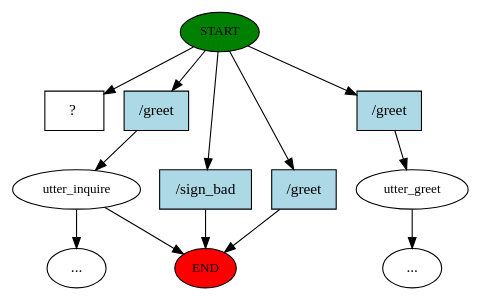
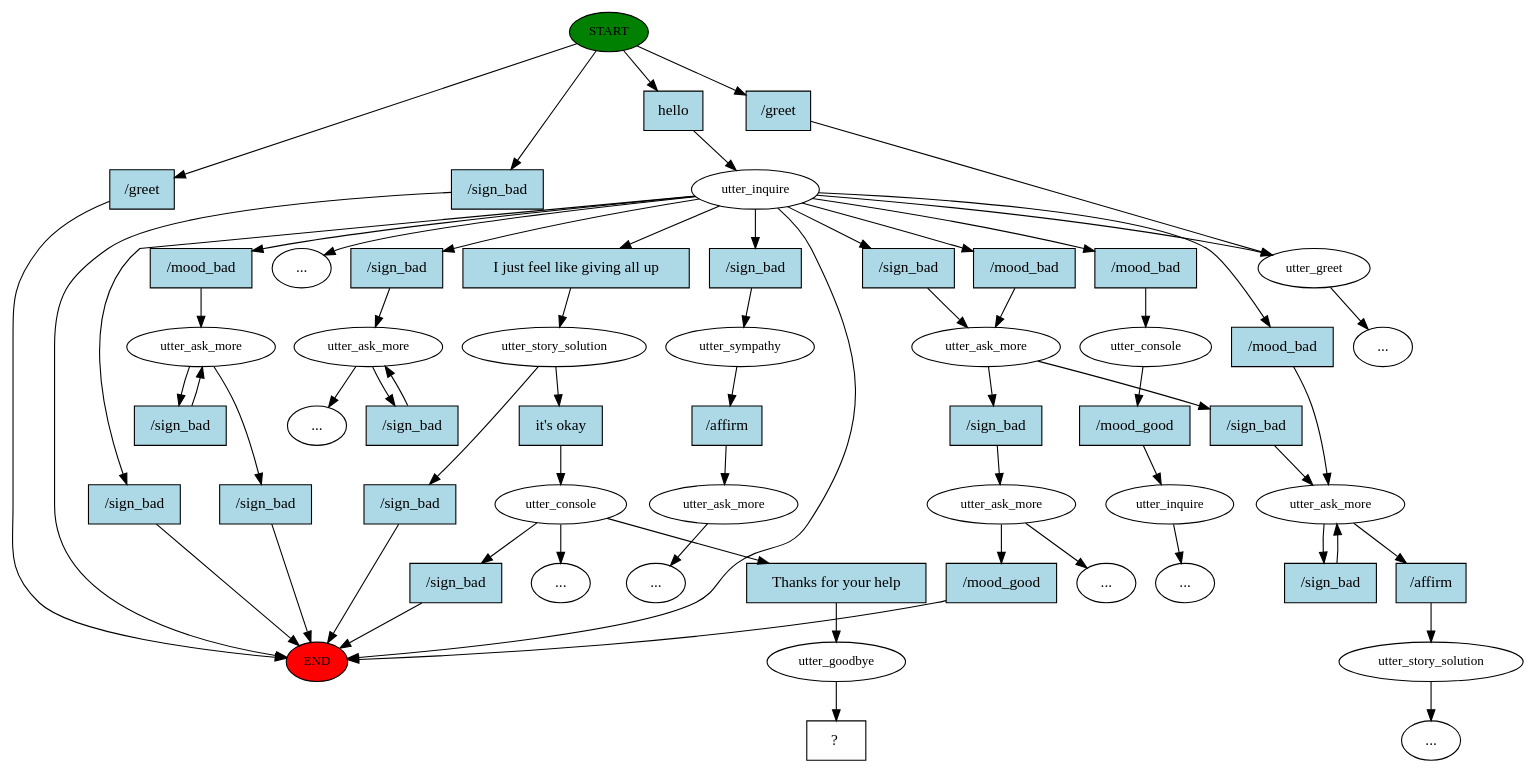
The diagram in story_graph.dot (greenwichdn/AIGC), drawn with Graphviz before and after one commit. The commit also changed 5 other files, not shown here.

```diff
--- a/story_graph.dot
+++ b/story_graph.dot
@@ -1,25 +1,120 @@
 digraph  {
 0 [class="start active", fillcolor=green, fontsize=12, label=START, style=filled];
 "-1" [class=end, fillcolor=red, fontsize=12, label=END, style=filled];
-1 [class="", fontsize=12, label=utter_inquire];
-22 [class="", fontsize=12, label=utter_greet];
-"-54" [class=ellipsis, label="..."];
-"-55" [class=ellipsis, label="..."];
-55 [class="intent dashed active", label="  ?  ", shape=rect];
-56 [class=intent, fillcolor=lightblue, label="\/greet", shape=rect, style=filled];
-57 [class=intent, fillcolor=lightblue, label="\/sign_bad", shape=rect, style=filled];
-58 [class=intent, fillcolor=lightblue, label="\/greet", shape=rect, style=filled];
-59 [class=intent, fillcolor=lightblue, label="\/greet", shape=rect, style=filled];
-0 -> 55  [class=active, key=NONE, label=""];
-0 -> 56  [class="", key=0];
-0 -> 57  [class="", key=0];
-0 -> 58  [class="", key=0];
-0 -> 59  [class="", key=0];
+1 [class=active, fontsize=12, label=utter_inquire];
+2 [class="", fontsize=12, label=utter_ask_more];
+12 [class=active, fontsize=12, label=utter_story_solution];
+15 [class=active, fontsize=12, label=utter_console];
+"-8" [class=ellipsis, label="..."];
+27 [class="", fontsize=12, label=utter_ask_more];
+30 [class="", fontsize=12, label=utter_ask_more];
+32 [class="", fontsize=12, label=utter_story_solution];
+38 [class="", fontsize=12, label=utter_ask_more];
+48 [class="", fontsize=12, label=utter_greet];
+52 [class="", fontsize=12, label=utter_ask_more];
+81 [class="", fontsize=12, label=utter_sympathy];
+82 [class="", fontsize=12, label=utter_ask_more];
+"-32" [class=ellipsis, label="..."];
+97 [class="", fontsize=12, label=utter_console];
+98 [class="", fontsize=12, label=utter_inquire];
+"-36" [class=ellipsis, label="..."];
+"-40" [class=ellipsis, label="..."];
+"-42" [class=ellipsis, label="..."];
+"-44" [class=ellipsis, label="..."];
+"-46" [class=ellipsis, label="..."];
+"-47" [class=ellipsis, label="..."];
+127 [class=active, fontsize=12, label=utter_goodbye];
+128 [class="intent dashed active", label="  ?  ", shape=rect];
+129 [class="intent active", fillcolor=lightblue, label=hello, shape=rect, style=filled];
+130 [class=intent, fillcolor=lightblue, label="\/sign_bad", shape=rect, style=filled];
+131 [class=intent, fillcolor=lightblue, label="\/greet", shape=rect, style=filled];
+132 [class=intent, fillcolor=lightblue, label="\/greet", shape=rect, style=filled];
+133 [class=intent, fillcolor=lightblue, label="\/sign_bad", shape=rect, style=filled];
+134 [class=intent, fillcolor=lightblue, label="\/sign_bad", shape=rect, style=filled];
+135 [class="intent active", fillcolor=lightblue, label="I\ just\ feel\ like\ giving\ all\ up", shape=rect, style=filled];
+136 [class=intent, fillcolor=lightblue, label="\/mood_bad", shape=rect, style=filled];
+137 [class=intent, fillcolor=lightblue, label="\/mood_bad", shape=rect, style=filled];
+138 [class=intent, fillcolor=lightblue, label="\/mood_bad", shape=rect, style=filled];
+139 [class=intent, fillcolor=lightblue, label="\/sign_bad", shape=rect, style=filled];
+140 [class=intent, fillcolor=lightblue, label="\/sign_bad", shape=rect, style=filled];
+141 [class=intent, fillcolor=lightblue, label="\/mood_bad", shape=rect, style=filled];
+142 [class=intent, fillcolor=lightblue, label="\/sign_bad", shape=rect, style=filled];
+143 [class=intent, fillcolor=lightblue, label="\/sign_bad", shape=rect, style=filled];
+144 [class="intent active", fillcolor=lightblue, label="it\'s\ okay", shape=rect, style=filled];
+145 [class=intent, fillcolor=lightblue, label="\/sign_bad", shape=rect, style=filled];
+146 [class="intent active", fillcolor=lightblue, label="Thanks\ for\ your\ help", shape=rect, style=filled];
+147 [class=intent, fillcolor=lightblue, label="\/sign_bad", shape=rect, style=filled];
+148 [class=intent, fillcolor=lightblue, label="\/sign_bad", shape=rect, style=filled];
+149 [class=intent, fillcolor=lightblue, label="\/affirm", shape=rect, style=filled];
+150 [class=intent, fillcolor=lightblue, label="\/sign_bad", shape=rect, style=filled];
+151 [class=intent, fillcolor=lightblue, label="\/sign_bad", shape=rect, style=filled];
+152 [class=intent, fillcolor=lightblue, label="\/sign_bad", shape=rect, style=filled];
+153 [class=intent, fillcolor=lightblue, label="\/mood_good", shape=rect, style=filled];
+154 [class=intent, fillcolor=lightblue, label="\/affirm", shape=rect, style=filled];
+155 [class=intent, fillcolor=lightblue, label="\/mood_good", shape=rect, style=filled];
+0 -> 129  [class=active, key=0];
+0 -> 130  [class="", key=0];
+0 -> 131  [class="", key=0];
+0 -> 132  [class="", key=0];
 1 -> "-1"  [class="", key=NONE, label=""];
-1 -> "-55"  [class="", key=NONE, label=""];
-22 -> "-54"  [class="", key=NONE, label=""];
-56 -> 1  [class="", key=0];
-57 -> "-1"  [class="", key=0];
-58 -> "-1"  [class="", key=0];
-59 -> 22  [class="", key=0];
+1 -> "-42"  [class="", key=NONE, label=""];
+1 -> 48  [class="", key=NONE, label=""];
+1 -> 133  [class="", key=0];
+1 -> 134  [class="", key=0];
+1 -> 135  [class=active, key=0];
+1 -> 136  [class="", key=0];
+1 -> 137  [class="", key=0];
+1 -> 138  [class="", key=0];
+1 -> 139  [class="", key=0];
+1 -> 140  [class="", key=0];
+1 -> 141  [class="", key=0];
+2 -> "-8"  [class="", key=NONE, label=""];
+2 -> 142  [class="", key=0];
+12 -> 143  [class="", key=0];
+12 -> 144  [class=active, key=0];
+15 -> "-32"  [class="", key=NONE, label=""];
+15 -> 145  [class="", key=0];
+15 -> 146  [class=active, key=0];
+27 -> 147  [class="", key=0];
+27 -> 148  [class="", key=0];
+30 -> 149  [class="", key=0];
+30 -> 150  [class="", key=0];
+32 -> "-44"  [class="", key=NONE, label=""];
+38 -> 151  [class="", key=0];
+38 -> 152  [class="", key=0];
+48 -> "-47"  [class="", key=NONE, label=""];
+52 -> "-40"  [class="", key=NONE, label=""];
+52 -> 153  [class="", key=0];
+81 -> 154  [class="", key=0];
+82 -> "-46"  [class="", key=NONE, label=""];
+97 -> 155  [class="", key=0];
+98 -> "-36"  [class="", key=NONE, label=""];
+127 -> 128  [class=active, key=NONE, label=""];
+129 -> 1  [class=active, key=0];
+130 -> "-1"  [class="", key=0];
+131 -> "-1"  [class="", key=0];
+132 -> 48  [class="", key=0];
+133 -> 2  [class="", key=0];
+134 -> "-1"  [class="", key=0];
+135 -> 12  [class=active, key=0];
+136 -> 27  [class="", key=0];
+137 -> 30  [class="", key=0];
+138 -> 38  [class="", key=0];
+139 -> 38  [class="", key=0];
+140 -> 81  [class="", key=0];
+141 -> 97  [class="", key=0];
+142 -> 2  [class="", key=0];
+143 -> "-1"  [class="", key=0];
+144 -> 15  [class=active, key=0];
+145 -> "-1"  [class="", key=0];
+146 -> 127  [class=active, key=0];
+147 -> "-1"  [class="", key=0];
+148 -> 27  [class="", key=0];
+149 -> 32  [class="", key=0];
+150 -> 30  [class="", key=0];
+151 -> 52  [class="", key=0];
+152 -> 30  [class="", key=0];
+153 -> "-1"  [class="", key=0];
+154 -> 82  [class="", key=0];
+155 -> 98  [class="", key=0];
 }
```
